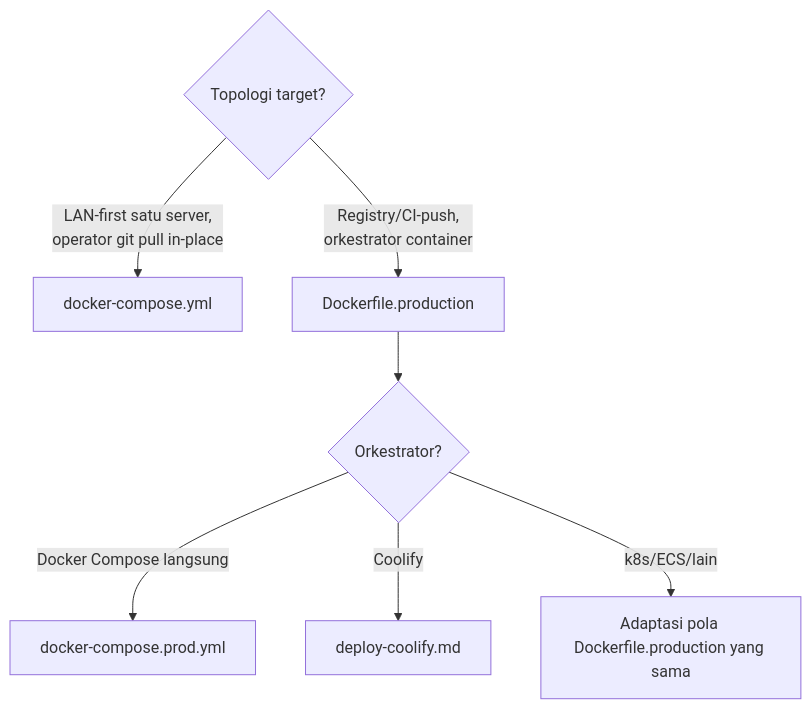
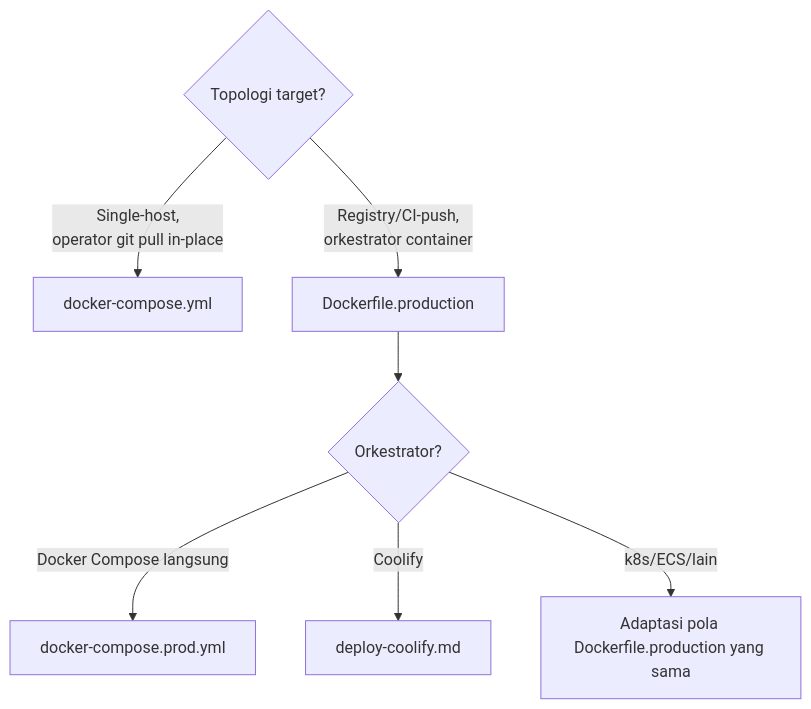
One commit to ahliweb/awcms-micro changed the diagram in .claude/skills/awcms-micro-deploy/SKILL.md. Above: the diagram before and after it, drawn with Mermaid. The commit also changed other lines of this file and 23 other files, not shown here.

````diff
--- a/.claude/skills/awcms-micro-deploy/SKILL.md
+++ b/.claude/skills/awcms-micro-deploy/SKILL.md
@@ -13,9 +22,9 @@
 ```mermaid
 flowchart TD
-  A{Topologi target?} -->|LAN-first satu server,\noperator git pull in-place| B[docker-compose.yml]
+  A{Topologi target?} -->|Single-host,\noperator git pull in-place| B[docker-compose.yml]
   A -->|Registry/CI-push,\norkestrator container| C[Dockerfile.production]
   C --> D{Orkestrator?}
   D -->|Docker Compose langsung| G[docker-compose.prod.yml]
   D -->|Coolify| E[deploy-coolify.md]
   D -->|k8s/ECS/lain| F[Adaptasi pola Dockerfile.production yang sama]
 ```
````
